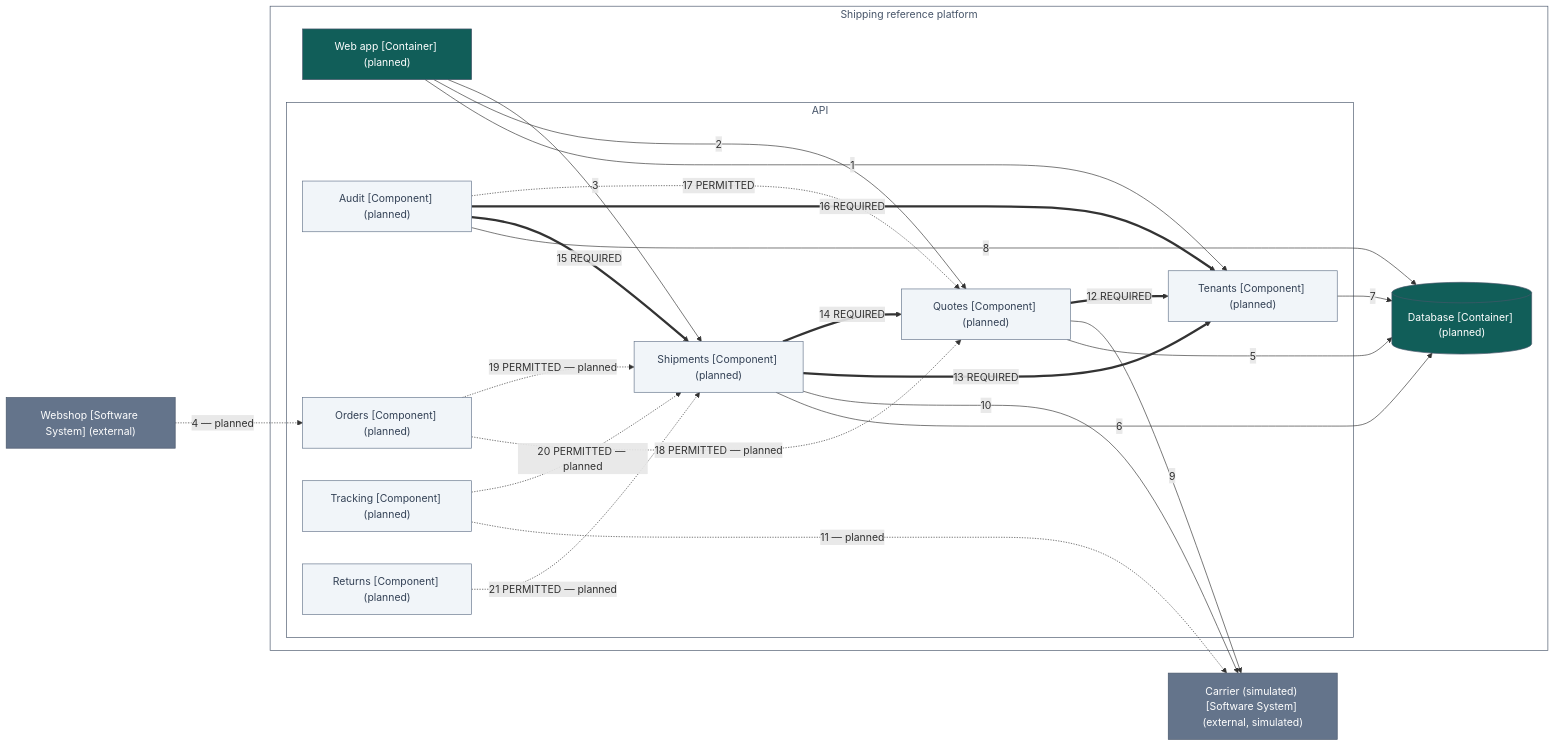
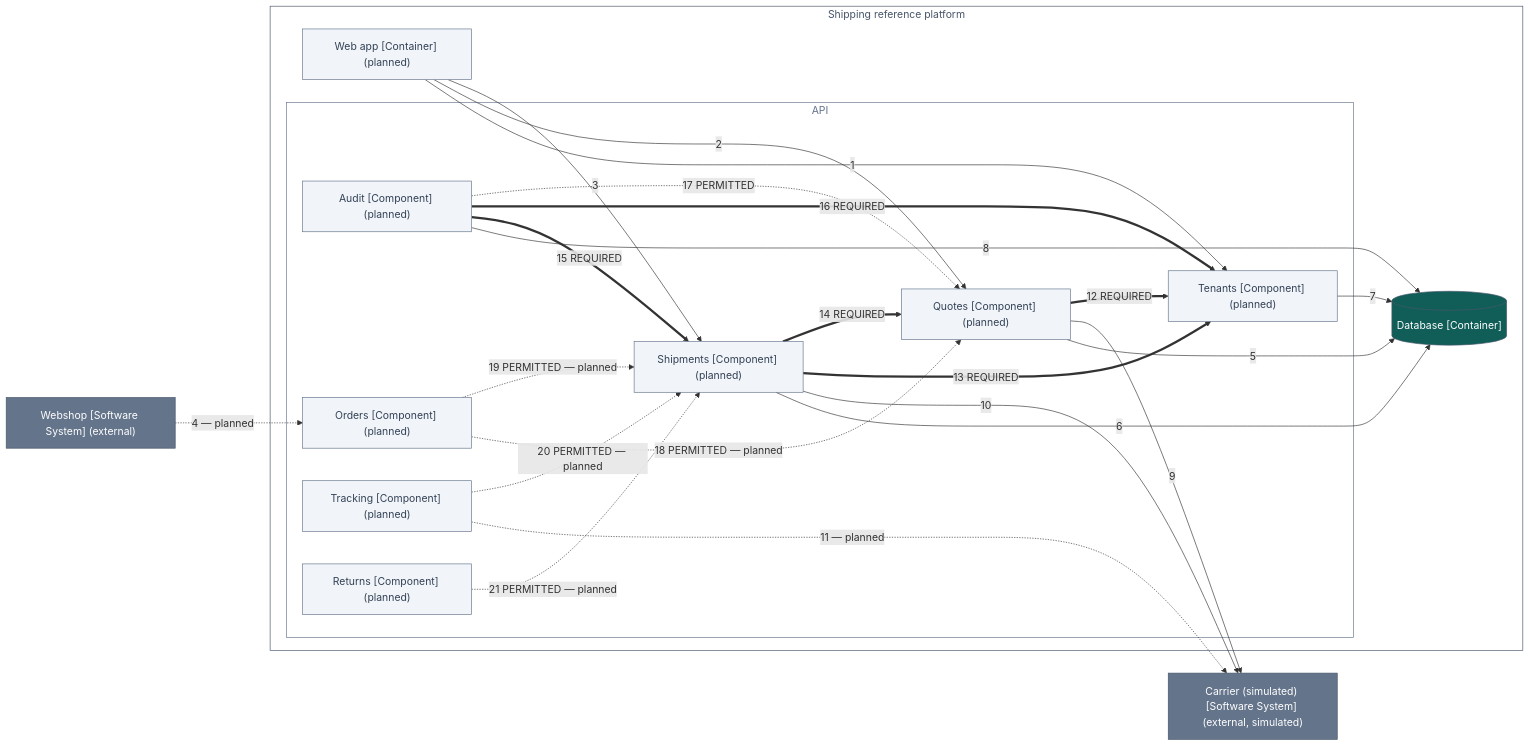
The diagram in docs/architecture/api-components.mmd (Stig-Johnny/shipping-reference-platform), drawn with Mermaid before and after one commit. The commit also changed 22 other files, not shown here.

```diff
--- a/docs/architecture/api-components.mmd
+++ b/docs/architecture/api-components.mmd
@@ -1,53 +1,53 @@
 %% Generated—do not hand-edit. Source: architecture/workspace.dsl, view ApiComponents.
 flowchart LR
     accTitle: Components of the API
     accDescr: Component view with 11 elements and 21 relationships. The tables on the page list every one of them.
     3["Webshop [Software System] (external)"]
     style 3 fill:#64748b,stroke:#475569,color:#ffffff
     4["Carrier (simulated) [Software System] (external, simulated)"]
     style 4 fill:#64748b,stroke:#475569,color:#ffffff
     subgraph 5 ["Shipping reference platform"]
         style 5 fill:#ffffff,stroke:#475569,color:#475569
         subgraph 7 ["API"]
-            style 7 fill:#ffffff,stroke:#475569,color:#475569
+            style 7 fill:#ffffff,stroke:#64748b,color:#64748b
             10["Tenants [Component] (planned)"]
             style 10 fill:#f1f5f9,stroke:#64748b,color:#334155
             11["Audit [Component] (planned)"]
             style 11 fill:#f1f5f9,stroke:#64748b,color:#334155
             12["Orders [Component] (planned)"]
             style 12 fill:#f1f5f9,stroke:#64748b,color:#334155
             13["Tracking [Component] (planned)"]
             style 13 fill:#f1f5f9,stroke:#64748b,color:#334155
             14["Returns [Component] (planned)"]
             style 14 fill:#f1f5f9,stroke:#64748b,color:#334155
             8["Quotes [Component] (planned)"]
             style 8 fill:#f1f5f9,stroke:#64748b,color:#334155
             9["Shipments [Component] (planned)"]
             style 9 fill:#f1f5f9,stroke:#64748b,color:#334155
         end
-        15[("Database [Container] (planned)")]
+        15[("Database [Container]")]
         style 15 fill:#115e59,stroke:#475569,color:#ffffff
         6["Web app [Container] (planned)"]
-        style 6 fill:#115e59,stroke:#475569,color:#ffffff
+        style 6 fill:#f1f5f9,stroke:#64748b,color:#334155
     end
     6 -->|"1"| 10
     6 -->|"2"| 8
     6 -->|"3"| 9
     3 -.->|"4 — planned"| 12
     8 -->|"5"| 15
     9 -->|"6"| 15
     10 -->|"7"| 15
     11 -->|"8"| 15
     8 -->|"9"| 4
     9 -->|"10"| 4
     13 -.->|"11 — planned"| 4
     8 ==>|"12 REQUIRED"| 10
     9 ==>|"13 REQUIRED"| 10
     9 ==>|"14 REQUIRED"| 8
     11 ==>|"15 REQUIRED"| 9
     11 ==>|"16 REQUIRED"| 10
     11 -.->|"17 PERMITTED"| 8
     12 -.->|"18 PERMITTED — planned"| 8
     12 -.->|"19 PERMITTED — planned"| 9
     13 -.->|"20 PERMITTED — planned"| 9
     14 -.->|"21 PERMITTED — planned"| 9
```
